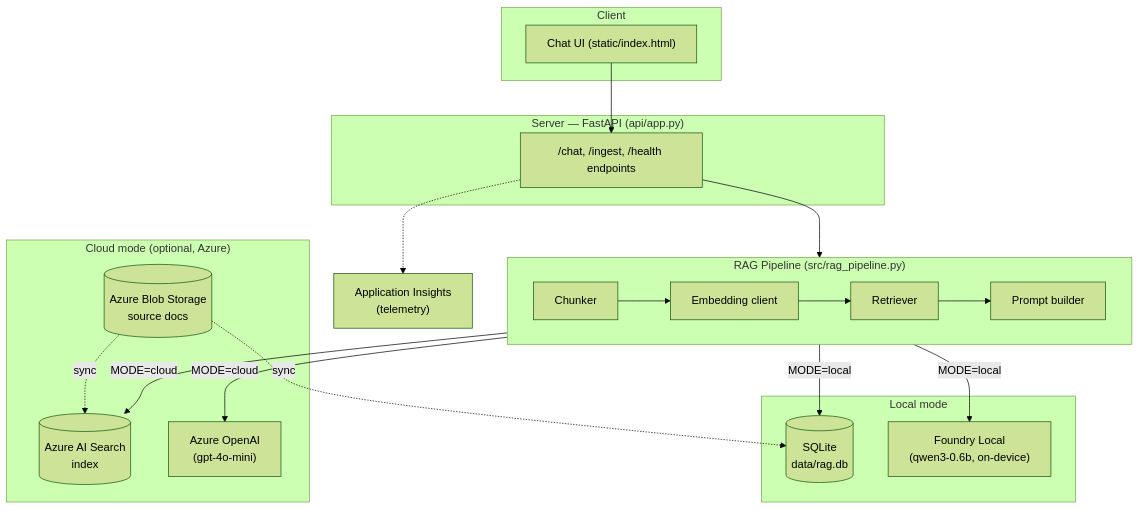
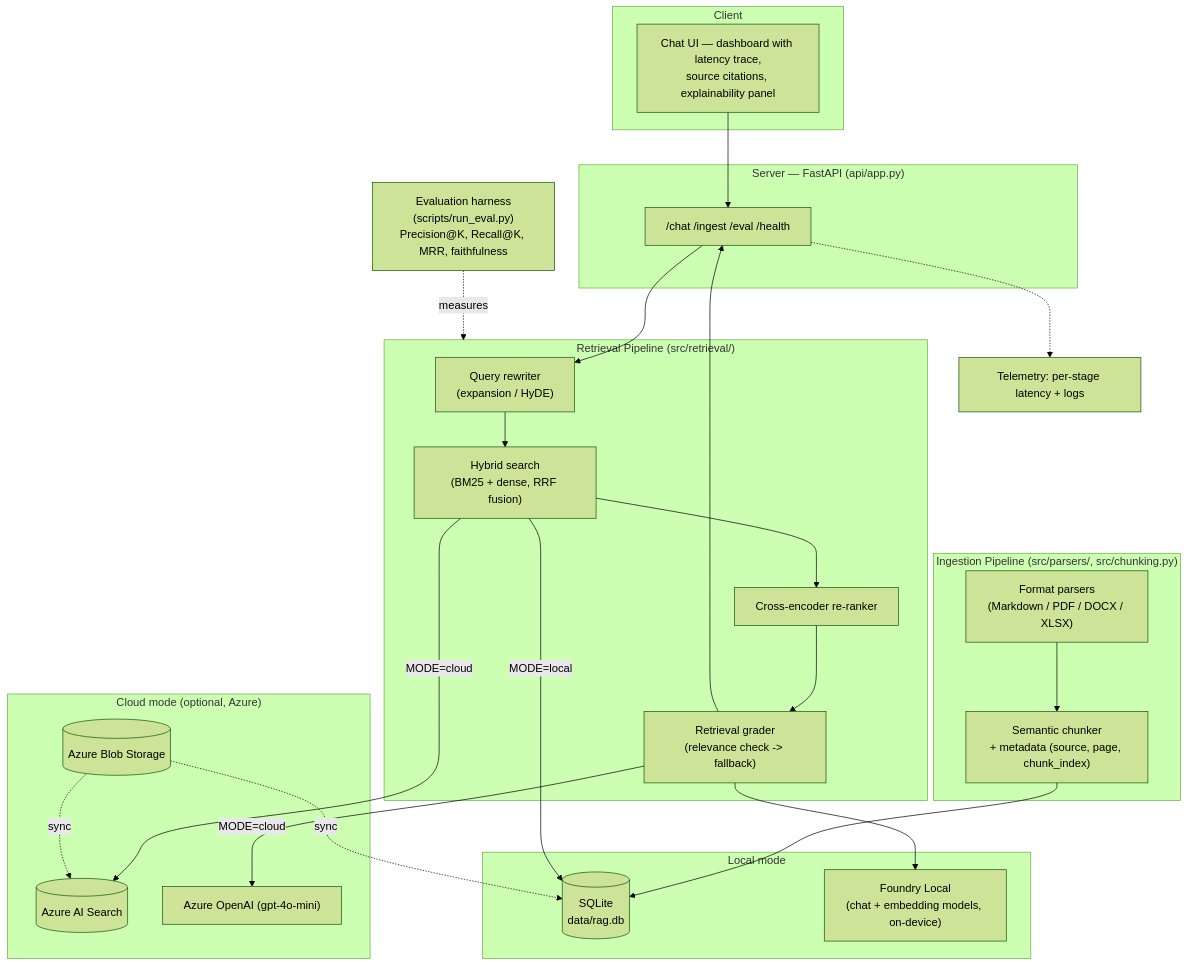
One commit to MEK-0/Local-Rag-Foundry-assistant changed the diagram in README.md. Above: the diagram before and after it, drawn with Mermaid (forest theme). The commit also changed other lines of this file, not shown here.

Commit message:
docs: rewrite README to reflect advanced RAG target architecture

````diff
--- a/README.md
+++ b/README.md
@@ -22,40 +43,48 @@
 ```mermaid
 flowchart TB
     subgraph Client["Client"]
-        UI["Chat UI (static/index.html)"]
+        UI["Chat UI — dashboard with latency trace,\nsource citations, explainability panel"]
     end
 
     subgraph Server["Server — FastAPI (api/app.py)"]
-        API["/chat, /ingest, /health endpoints"]
+        API["/chat  /ingest  /eval  /health"]
     end
 
-    subgraph Pipeline["RAG Pipeline (src/rag_pipeline.py)"]
-        CH["Chunker"]
-        EMB["Embedding client"]
-        RET["Retriever"]
-        PR["Prompt builder"]
+    subgraph Ingestion["Ingestion Pipeline (src/parsers/, src/chunking.py)"]
+        PARSE["Format parsers\n(Markdown / PDF / DOCX / XLSX)"]
+        CHUNK["Semantic chunker\n+ metadata (source, page, chunk_index)"]
+    end
+
+    subgraph Retrieval["Retrieval Pipeline (src/retrieval/)"]
+        QR["Query rewriter\n(expansion / HyDE)"]
+        HYB["Hybrid search\n(BM25 + dense, RRF fusion)"]
+        RR["Cross-encoder re-ranker"]
+        GR["Retrieval grader\n(relevance check -> fallback)"]
     end
 
     subgraph Local["Local mode"]
         SQL[("SQLite\ndata/rag.db")]
-        FL["Foundry Local\n(qwen3-0.6b, on-device)"]
+        FL["Foundry Local\n(chat + embedding models, on-device)"]
     end
 
     subgraph Cloud["Cloud mode (optional, Azure)"]
-        AIS[("Azure AI Search\nindex")]
-        BLOB[("Azure Blob Storage\nsource docs")]
-        AOAI["Azure OpenAI\n(gpt-4o-mini)"]
+        AIS[("Azure AI Search")]
+        BLOB[("Azure Blob Storage")]
+        AOAI["Azure OpenAI (gpt-4o-mini)"]
     end
 
-    TEL["Application Insights\n(telemetry)"]
+    EVAL["Evaluation harness\n(scripts/run_eval.py)\nPrecision@K, Recall@K, MRR, faithfulness"]
+    TEL["Telemetry: per-stage latency + logs"]
 
-    UI --> API --> Pipeline
-    CH --> EMB --> RET --> PR
-    Pipeline -->|MODE=local| SQL
-    Pipeline -->|MODE=local| FL
-    Pipeline -->|MODE=cloud| AIS
-    Pipeline -->|MODE=cloud| AOAI
+    UI --> API
+    PARSE --> CHUNK --> SQL
+    API --> QR --> HYB --> RR --> GR --> API
+    HYB -->|MODE=local| SQL
+    HYB -->|MODE=cloud| AIS
+    GR --> FL
+    GR -->|MODE=cloud| AOAI
     BLOB -.sync.-> SQL
     BLOB -.sync.-> AIS
     API -.-> TEL
+    EVAL -.measures.-> Retrieval
 ```
````
